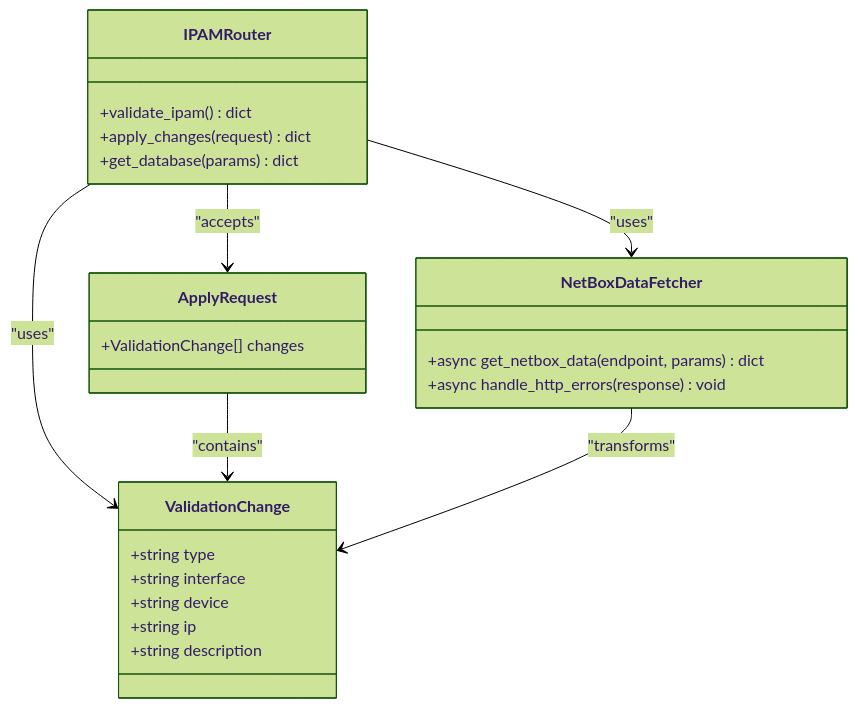
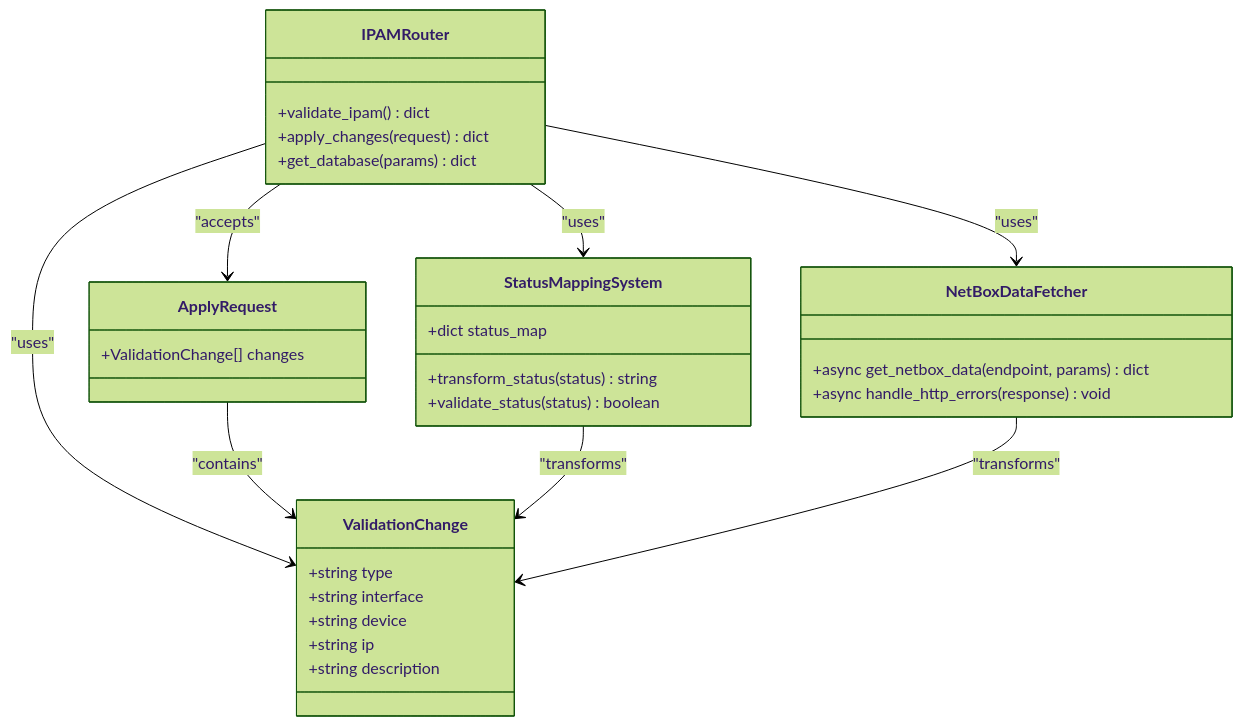
Before and after one commit to Nikita5543/New-SSO-02: the fourth of 9 diagrams in .qoder/repowiki/en/content/Built-in Plugins/IPAM Plugin.md, drawn with Mermaid (forest theme). The commit also changed other lines of this file and 2 other files, not shown here.

````diff
--- a/.qoder/repowiki/en/content/Built-in Plugins/IPAM Plugin.md
+++ b/.qoder/repowiki/en/content/Built-in Plugins/IPAM Plugin.md
@@ -223,27 +227,34 @@
 ```mermaid
 classDiagram
 class ValidationChange {
 +string type
 +string interface
 +string device
 +string ip
 +string description
 }
 class ApplyRequest {
 +ValidationChange[] changes
 }
 class NetBoxDataFetcher {
 +async get_netbox_data(endpoint, params) dict
 +async handle_http_errors(response) void
 }
 class IPAMRouter {
 +validate_ipam() dict
 +apply_changes(request) dict
 +get_database(params) dict
 }
+class StatusMappingSystem {
++dict status_map
++transform_status(status) string
++validate_status(status) boolean
+}
 IPAMRouter --> ValidationChange : "uses"
 IPAMRouter --> ApplyRequest : "accepts"
 IPAMRouter --> NetBoxDataFetcher : "uses"
+IPAMRouter --> StatusMappingSystem : "uses"
 ApplyRequest --> ValidationChange : "contains"
+StatusMappingSystem --> ValidationChange : "transforms"
 NetBoxDataFetcher --> ValidationChange : "transforms"
 ```
````
